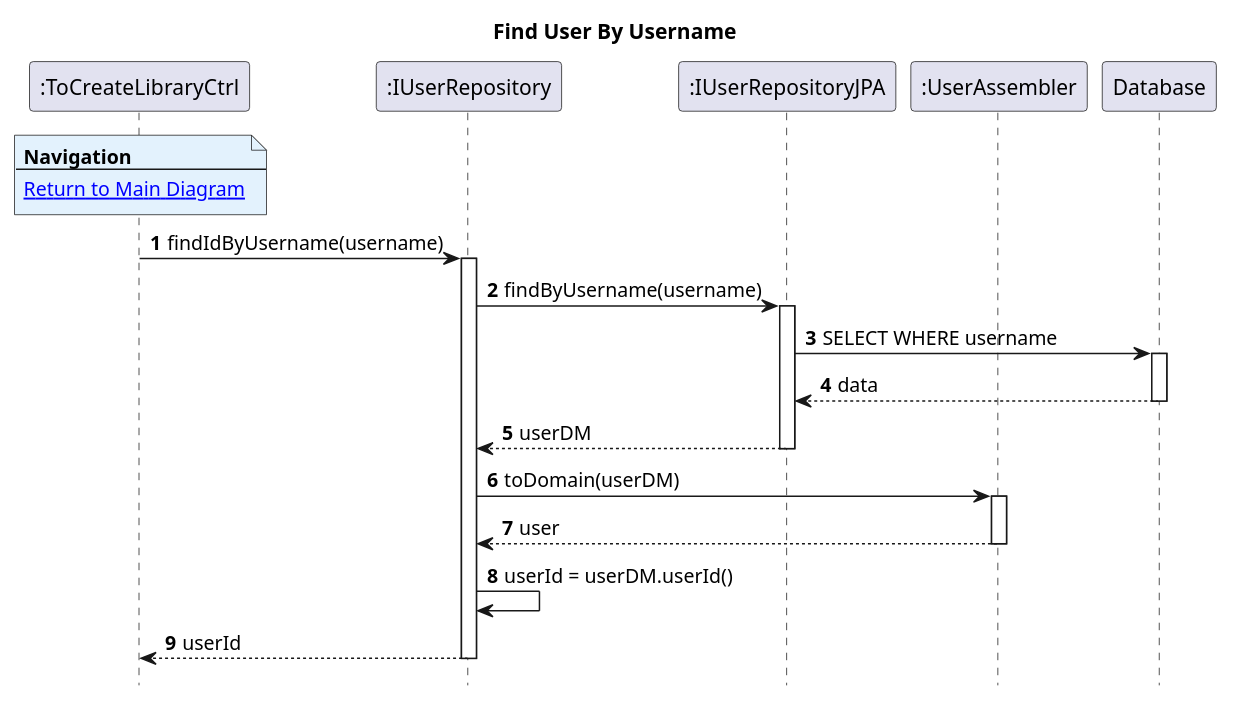
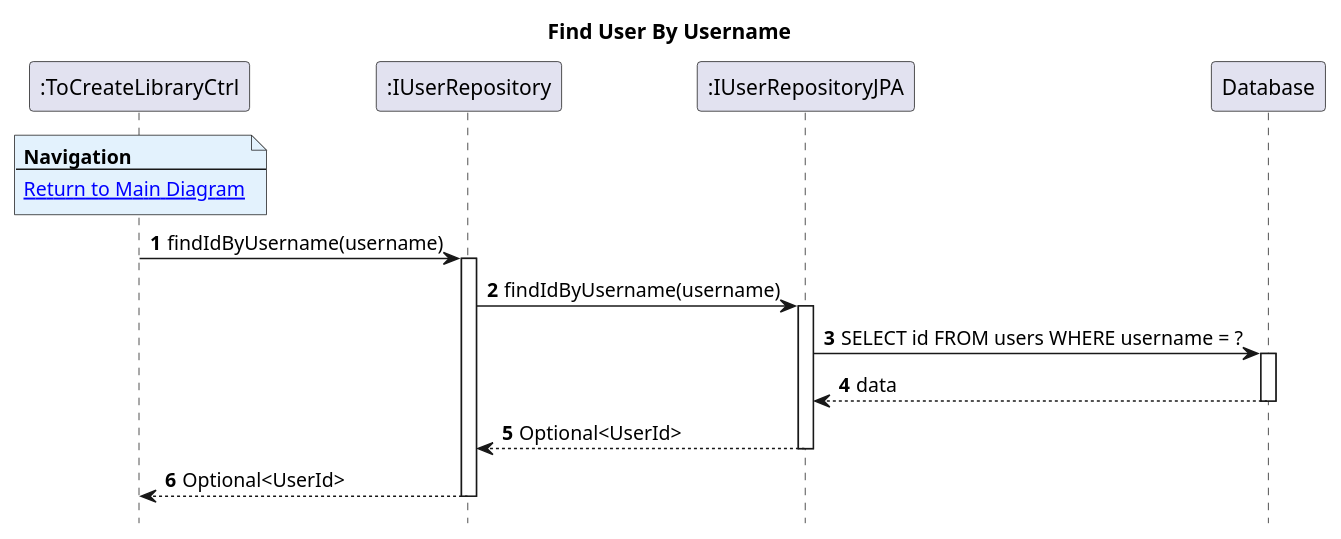
Before and after one commit to AndrePereiraGitH/SWitCH-Project-Team_A: the diagram in Diagrams/SequenceDiagrams/N2/To-Create-Library/2.FindUserByUsername.puml, drawn with PlantUML. The commit also changed 3 other files, not shown here.

Commit message:
docs #651:  Update SD & CD to remove UserAssembler, fix SQL and align return types

```diff
--- a/Diagrams/SequenceDiagrams/N2/To-Create-Library/2.FindUserByUsername.puml
+++ b/Diagrams/SequenceDiagrams/N2/To-Create-Library/2.FindUserByUsername.puml
@@ -1,44 +1,34 @@
 @startuml
 hide footbox
 autonumber
 title Find User By Username
 
 participant ":ToCreateLibraryCtrl" as Ctrl
 participant ":IUserRepository" as userRepo
 participant ":IUserRepositoryJPA" as userJpa
-participant ":UserAssembler" as userAssembler
 participant "Database" as db
-
 
 note over Ctrl #E3F2FD
 <b>Navigation</b>
 ---
 [[1.MainDiagram.puml Return to Main Diagram]]
 end note
 
 Ctrl -> userRepo: findIdByUsername(username)
 activate userRepo
 
-userRepo -> userJpa: findByUsername(username)
+userRepo -> userJpa: findIdByUsername(username)
 activate userJpa
 
-userJpa -> db: SELECT WHERE username
+userJpa -> db: SELECT id FROM users WHERE username = ?
 activate db
 db --> userJpa: data
 deactivate db
 
-userJpa --> userRepo: userDM
+userJpa --> userRepo: Optional<UserId>
 deactivate userJpa
 
-userRepo -> userAssembler: toDomain(userDM)
-activate userAssembler
-userAssembler --> userRepo: user
-deactivate userAssembler
-
-
-userRepo -> userRepo : userId = userDM.userId()
-
-userRepo --> Ctrl: userId
+userRepo --> Ctrl: Optional<UserId>
 deactivate userRepo
 
 @enduml
```
